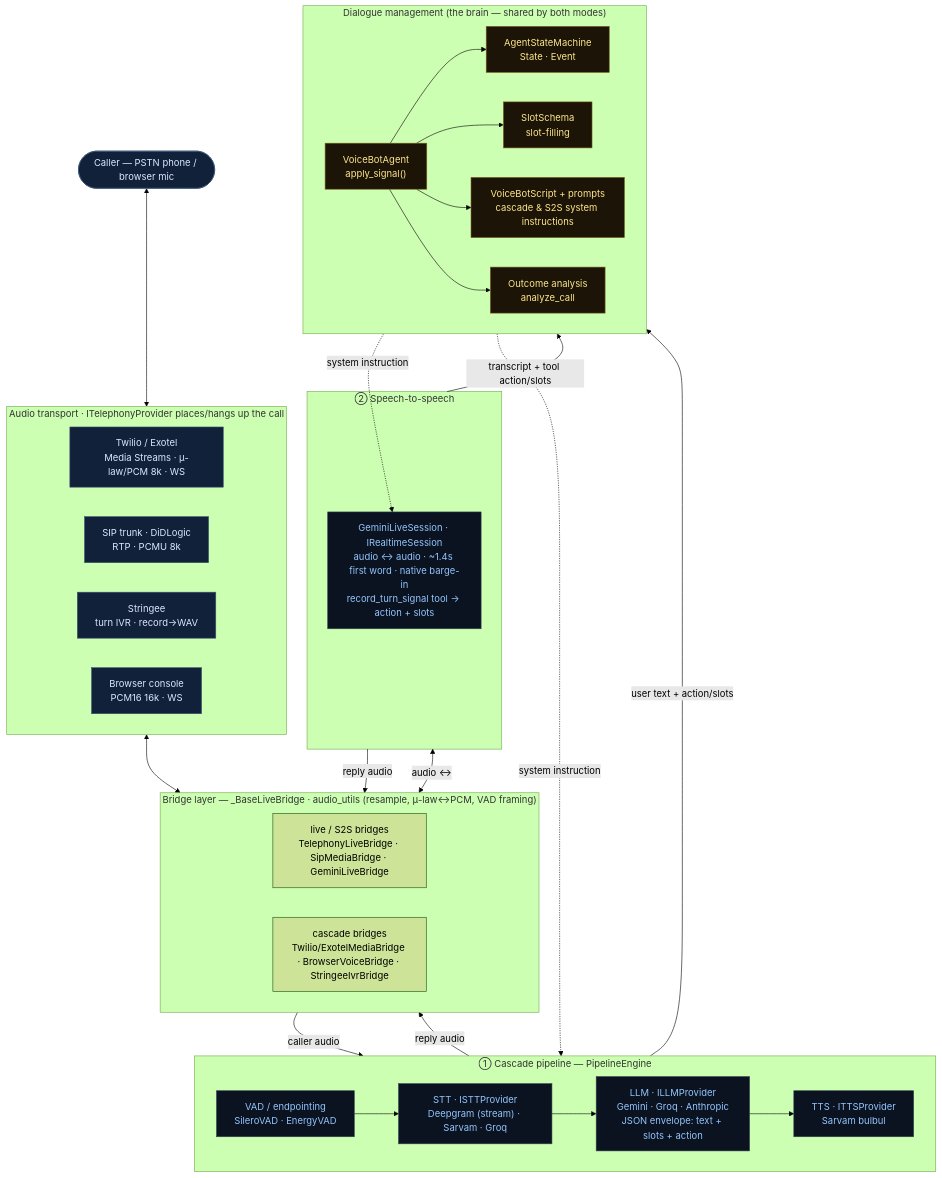
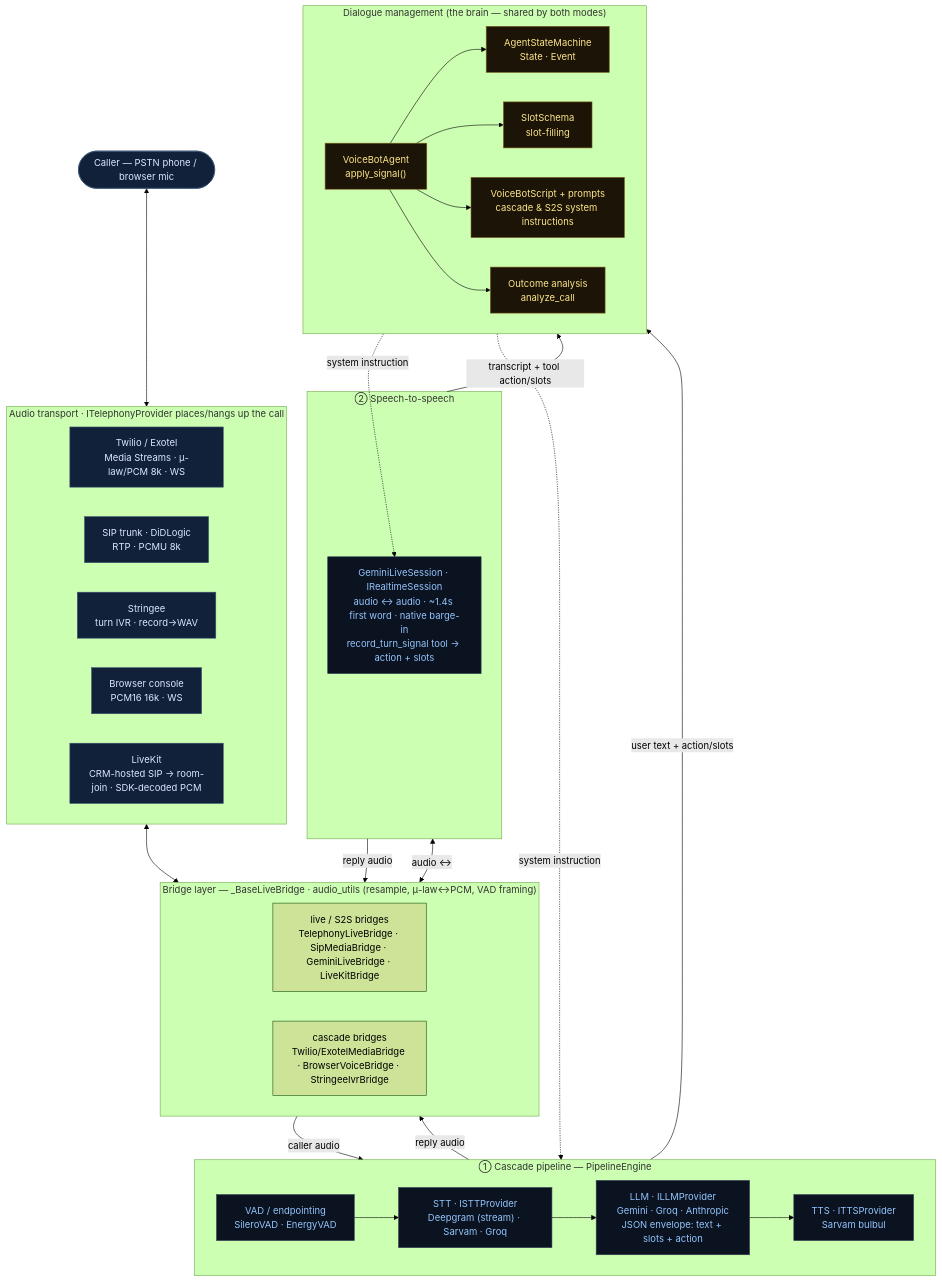
One commit to insidebeehive/indic_voice_and_chat changed the diagram in docs/VOICE-ARCHITECTURE.md. Above: the diagram before and after it, drawn with Mermaid (forest theme). The commit also changed other lines of this file and 11 other files, not shown here.

````diff
--- a/docs/VOICE-ARCHITECTURE.md
+++ b/docs/VOICE-ARCHITECTURE.md
@@ -9,59 +13,60 @@
 ```mermaid
 flowchart TB
   classDef io fill:#11213a,stroke:#3b5374,color:#dbe7ff;
   classDef brain fill:#1c1407,stroke:#7c5e1e,color:#fde68a;
   classDef impl fill:#0b1220,stroke:#334155,color:#93c5fd;
 
   CALLER(["Caller — PSTN phone / browser mic"]):::io
 
   subgraph IO["Audio transport · ITelephonyProvider places/hangs up the call"]
     direction LR
     TW["Twilio / Exotel<br/>Media Streams · μ-law/PCM 8k · WS"]:::io
     SIP["SIP trunk · DiDLogic<br/>RTP · PCMU 8k"]:::io
     STR["Stringee<br/>turn IVR · record→WAV"]:::io
     BWS["Browser console<br/>PCM16 16k · WS"]:::io
+    LK["LiveKit<br/>CRM-hosted SIP → room-join · SDK-decoded PCM"]:::io
   end
 
   subgraph BRIDGE["Bridge layer — _BaseLiveBridge · audio_utils (resample, μ-law↔PCM, VAD framing)"]
     direction LR
-    BL["live / S2S bridges<br/>TelephonyLiveBridge · SipMediaBridge · GeminiLiveBridge"]
+    BL["live / S2S bridges<br/>TelephonyLiveBridge · SipMediaBridge · GeminiLiveBridge · LiveKitBridge"]
     BC["cascade bridges<br/>Twilio/ExotelMediaBridge · BrowserVoiceBridge · StringeeIvrBridge"]
   end
 
   subgraph CASCADE["① Cascade pipeline — PipelineEngine"]
     direction LR
     VAD["VAD / endpointing<br/>SileroVAD · EnergyVAD"]:::impl
     STT["STT · ISTTProvider<br/>Deepgram (stream) · Sarvam · Groq"]:::impl
     LLMC["LLM · ILLMProvider<br/>Gemini · Groq · Anthropic<br/>JSON envelope: text + slots + action"]:::impl
     TTS["TTS · ITTSProvider<br/>Sarvam bulbul"]:::impl
     VAD --> STT --> LLMC --> TTS
   end
 
   subgraph S2S["② Speech-to-speech"]
     LIVE["GeminiLiveSession · IRealtimeSession<br/>audio ↔ audio · ~1.4s first word · native barge-in<br/>record_turn_signal tool → action + slots"]:::impl
   end
 
   subgraph DM["Dialogue management (the brain — shared by both modes)"]
     direction LR
     AGENT["VoiceBotAgent<br/>apply_signal()"]:::brain
     SM["AgentStateMachine<br/>State · Event"]:::brain
     SLOTS["SlotSchema<br/>slot-filling"]:::brain
     PROMPT["VoiceBotScript + prompts<br/>cascade & S2S system instructions"]:::brain
     OUT["Outcome analysis<br/>analyze_call"]:::brain
   end
 
   CALLER <--> IO
   IO <--> BRIDGE
   BC -->|"caller audio"| CASCADE
   BL <-->|"audio ↔"| S2S
   CASCADE -->|"user text + action/slots"| AGENT
   S2S -->|"transcript + tool action/slots"| AGENT
   AGENT --> SM
   AGENT --> SLOTS
   AGENT --> PROMPT
   AGENT --> OUT
   TTS -->|"reply audio"| BRIDGE
   S2S -->|"reply audio"| BRIDGE
   PROMPT -.->|"system instruction"| LLMC
   PROMPT -.->|"system instruction"| LIVE
 ```
````
